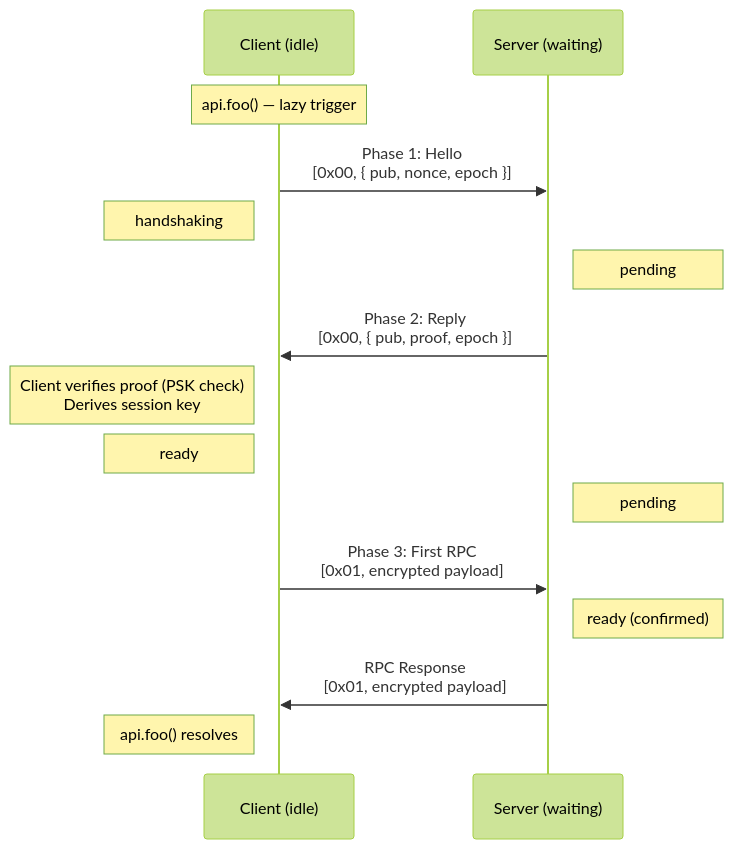
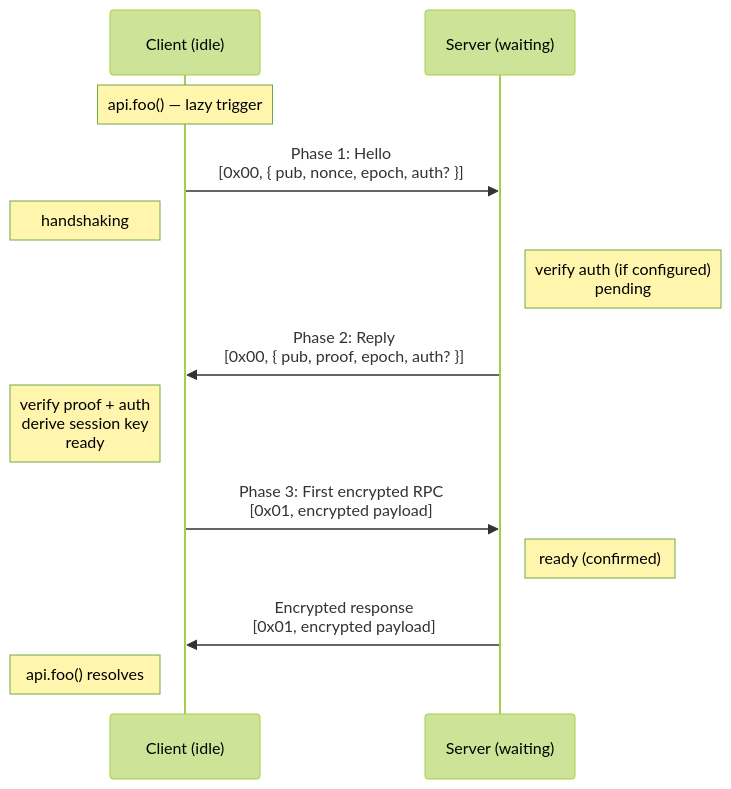
One commit to dotexorg/saferpc changed the first of 3 diagrams in spec/security.md. Above: the diagram before and after it, drawn with Mermaid (forest theme). The commit also changed other lines of this file and 15 other files, not shown here.

````diff
--- a/spec/security.md
+++ b/spec/security.md
@@ -39,22 +106,20 @@
 ```mermaid
 sequenceDiagram
     participant Client as Client (idle)
     participant Server as Server (waiting)
 
     Note over Client: api.foo() — lazy trigger
 
-    Client->>Server: Phase 1: Hello<br/>[0x00, { pub, nonce, epoch }]
+    Client->>Server: Phase 1: Hello<br/>[0x00, { pub, nonce, epoch, auth? }]
     Note left of Client: handshaking
-    Note right of Server: pending
+    Note right of Server: verify auth (if configured)<br/>pending
 
-    Server->>Client: Phase 2: Reply<br/>[0x00, { pub, proof, epoch }]
-    Note left of Client: Client verifies proof (PSK check)<br/>Derives session key
-    Note left of Client: ready
-    Note right of Server: pending
+    Server->>Client: Phase 2: Reply<br/>[0x00, { pub, proof, epoch, auth? }]
+    Note left of Client: verify proof + auth<br/>derive session key<br/>ready
 
-    Client->>Server: Phase 3: First RPC<br/>[0x01, encrypted payload]
+    Client->>Server: Phase 3: First encrypted RPC<br/>[0x01, encrypted payload]
     Note right of Server: ready (confirmed)
 
-    Server->>Client: RPC Response<br/>[0x01, encrypted payload]
+    Server->>Client: Encrypted response<br/>[0x01, encrypted payload]
     Note left of Client: api.foo() resolves
 ```
````
